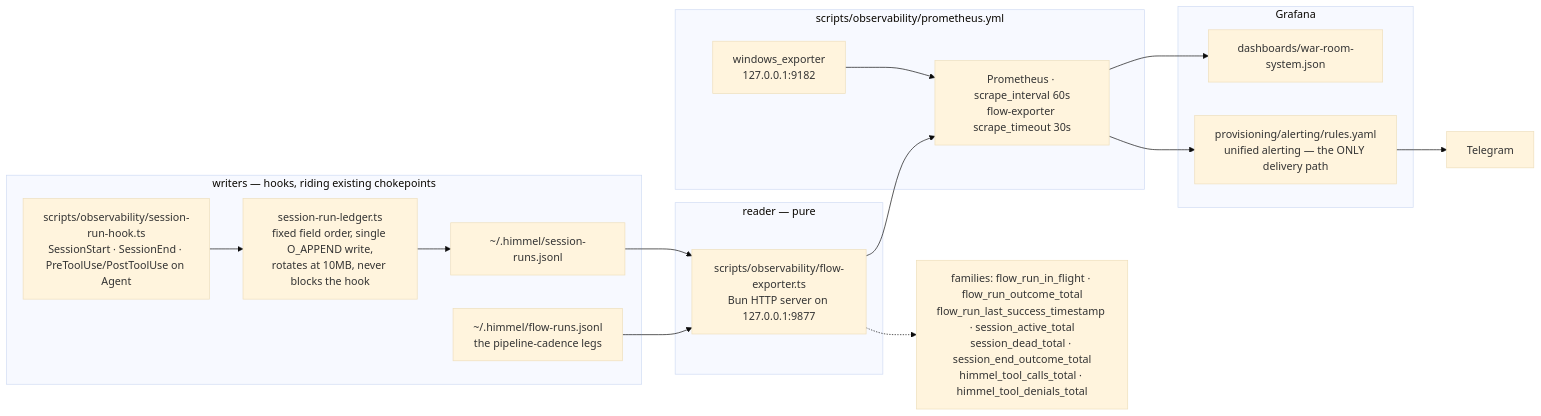
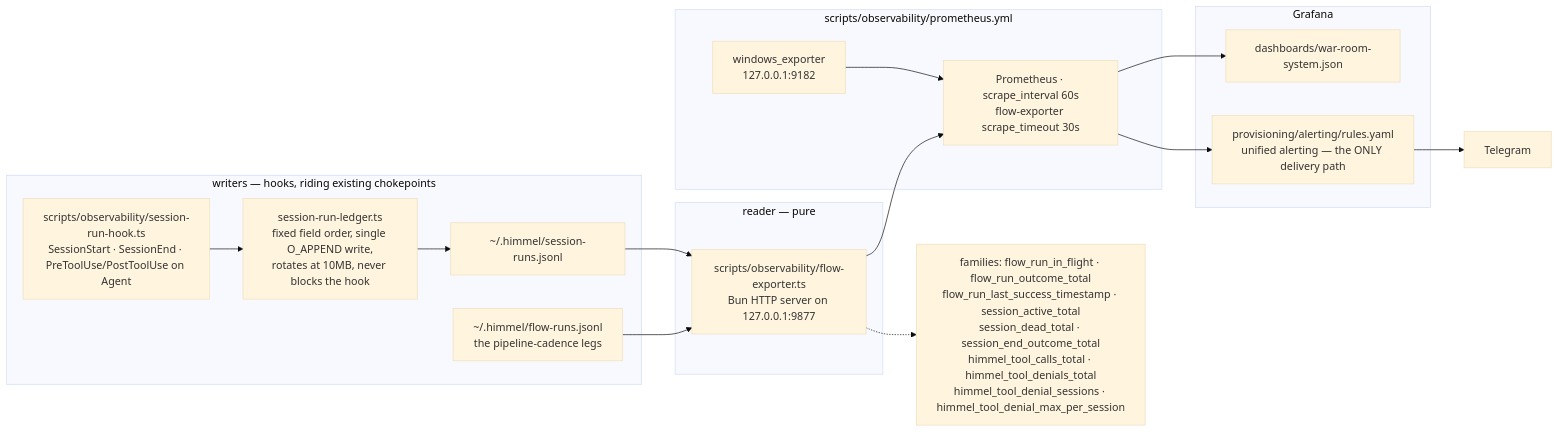
The fifth of 5 diagrams in docs/architecture.md (Goomal/Himmel), drawn with Mermaid (base theme) before and after one commit. The commit also changed 11 other files, not shown here.

First line of the commit message:
feat(observability): [HIMMEL-6036] per-guard distinct-session denial telemetry, alert in both rule files and failure route (#2907)

````diff
--- a/docs/architecture.md
+++ b/docs/architecture.md
@@ -232,34 +232,34 @@
 ```mermaid
 flowchart LR
     subgraph WRITE["writers — hooks, riding existing chokepoints"]
         HK["scripts/observability/session-run-hook.ts<br/>SessionStart · SessionEnd · PreToolUse/PostToolUse on Agent"]
         SL["session-run-ledger.ts<br/>fixed field order, single O_APPEND write,<br/>rotates at 10MB, never blocks the hook"]
         LED["~/.himmel/session-runs.jsonl"]
         FLOW["~/.himmel/flow-runs.jsonl<br/>the pipeline-cadence legs"]
         HK --> SL --> LED
     end
 
     subgraph READ["reader — pure"]
         EXP["scripts/observability/flow-exporter.ts<br/>Bun HTTP server on 127.0.0.1:9877"]
         LED --> EXP
         FLOW --> EXP
     end
 
     subgraph SCRAPE["scripts/observability/prometheus.yml"]
         PROM["Prometheus · scrape_interval 60s<br/>flow-exporter scrape_timeout 30s"]
         WEXP["windows_exporter<br/>127.0.0.1:9182"]
         EXP --> PROM
         WEXP --> PROM
     end
 
     subgraph VIEW["Grafana"]
         DASH["dashboards/war-room-system.json"]
         ALERT["provisioning/alerting/rules.yaml<br/>unified alerting — the ONLY delivery path"]
         PROM --> DASH
         PROM --> ALERT
     end
 
     ALERT --> TG["Telegram"]
 
-    EXP -.-> M["families: flow_run_in_flight · flow_run_outcome_total<br/>flow_run_last_success_timestamp · session_active_total<br/>session_dead_total · session_end_outcome_total<br/>himmel_tool_calls_total · himmel_tool_denials_total"]
+    EXP -.-> M["families: flow_run_in_flight · flow_run_outcome_total<br/>flow_run_last_success_timestamp · session_active_total<br/>session_dead_total · session_end_outcome_total<br/>himmel_tool_calls_total · himmel_tool_denials_total<br/>himmel_tool_denial_sessions · himmel_tool_denial_max_per_session"]
 ```
````
